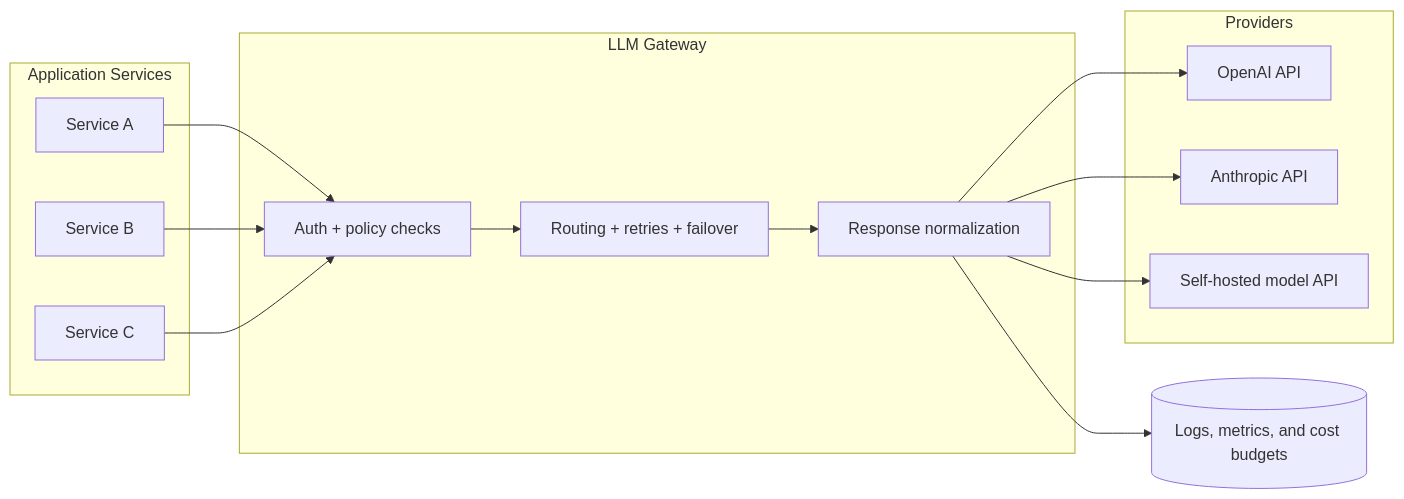
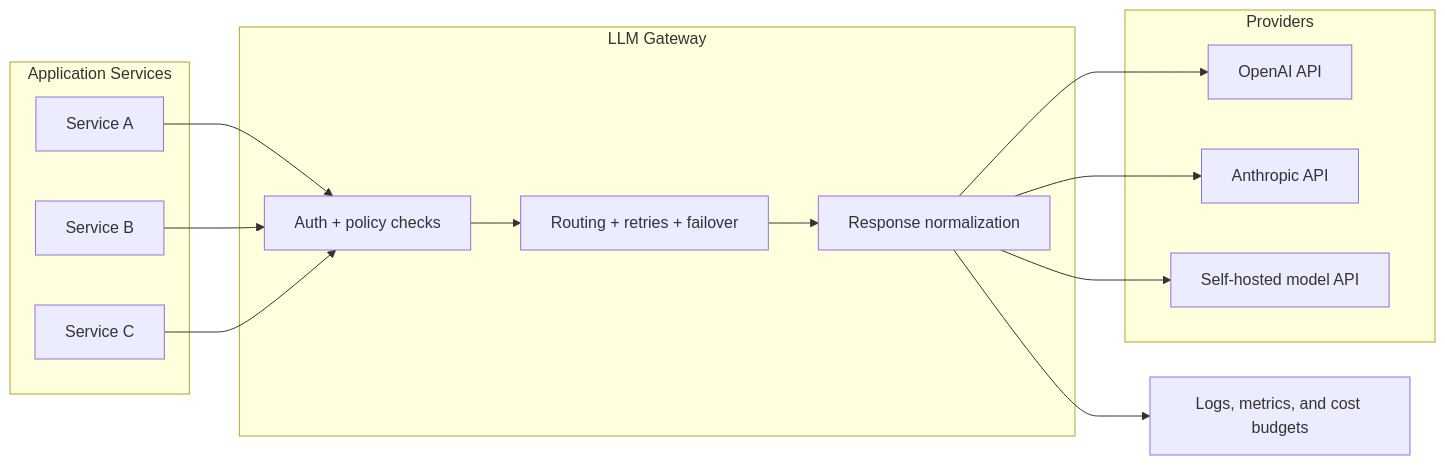
One commit to PrajwalAmte/Production-AI-Patterns changed the diagram in site/src/content/docs/patterns/inference-and-serving/llm-gateway.md. Above: the diagram before and after it, drawn with Mermaid. The commit also changed 1 other file, not shown here.

Commit message:
Fix: Mermaid rendering fix

```diff
--- a/site/src/content/docs/patterns/inference-and-serving/llm-gateway.md
+++ b/site/src/content/docs/patterns/inference-and-serving/llm-gateway.md
@@ -33,29 +33,29 @@
 <pre class="mermaid">
 flowchart LR
     subgraph S["Application Services"]
       A["Service A"]
       B["Service B"]
       C["Service C"]
     end
 
     subgraph G["LLM Gateway"]
       D["Auth + policy checks"]
       E["Routing + retries + failover"]
       F["Response normalization"]
     end
 
     subgraph P["Providers"]
       P1["OpenAI API"]
       P2["Anthropic API"]
       P3["Self-hosted model API"]
     end
 
     A --> D
     B --> D
     C --> D
     D --> E --> F
     F --> P1
     F --> P2
     F --> P3
-    F --> M[("Logs, metrics, and cost budgets")]
+    F --> M["Logs, metrics, and cost budgets"]
 </pre>
```
